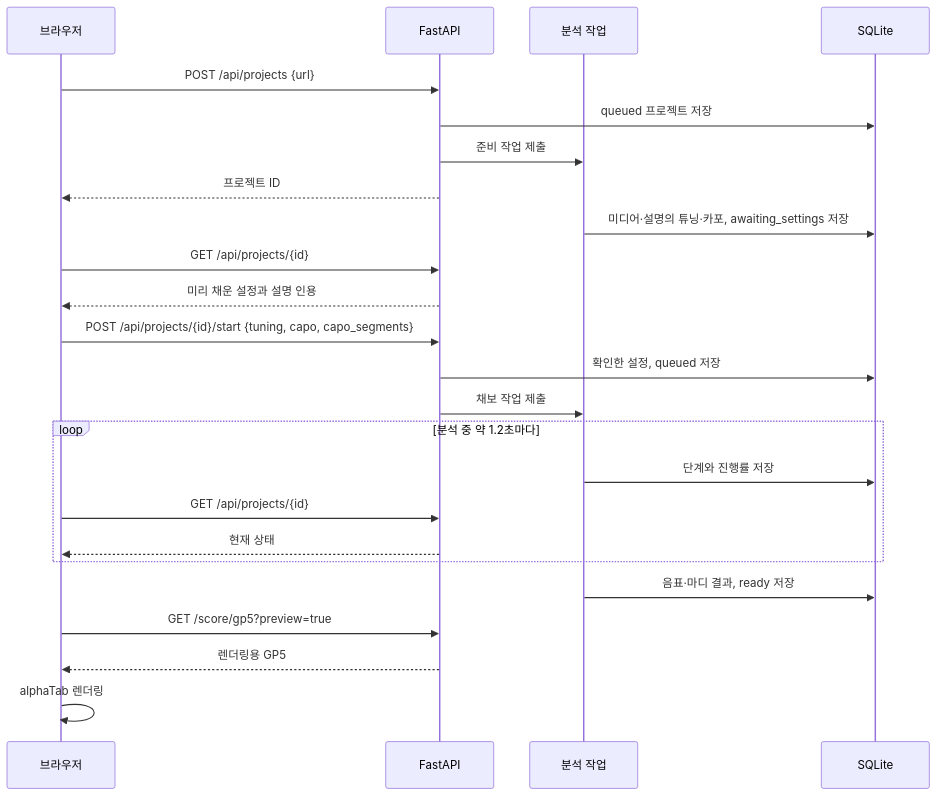
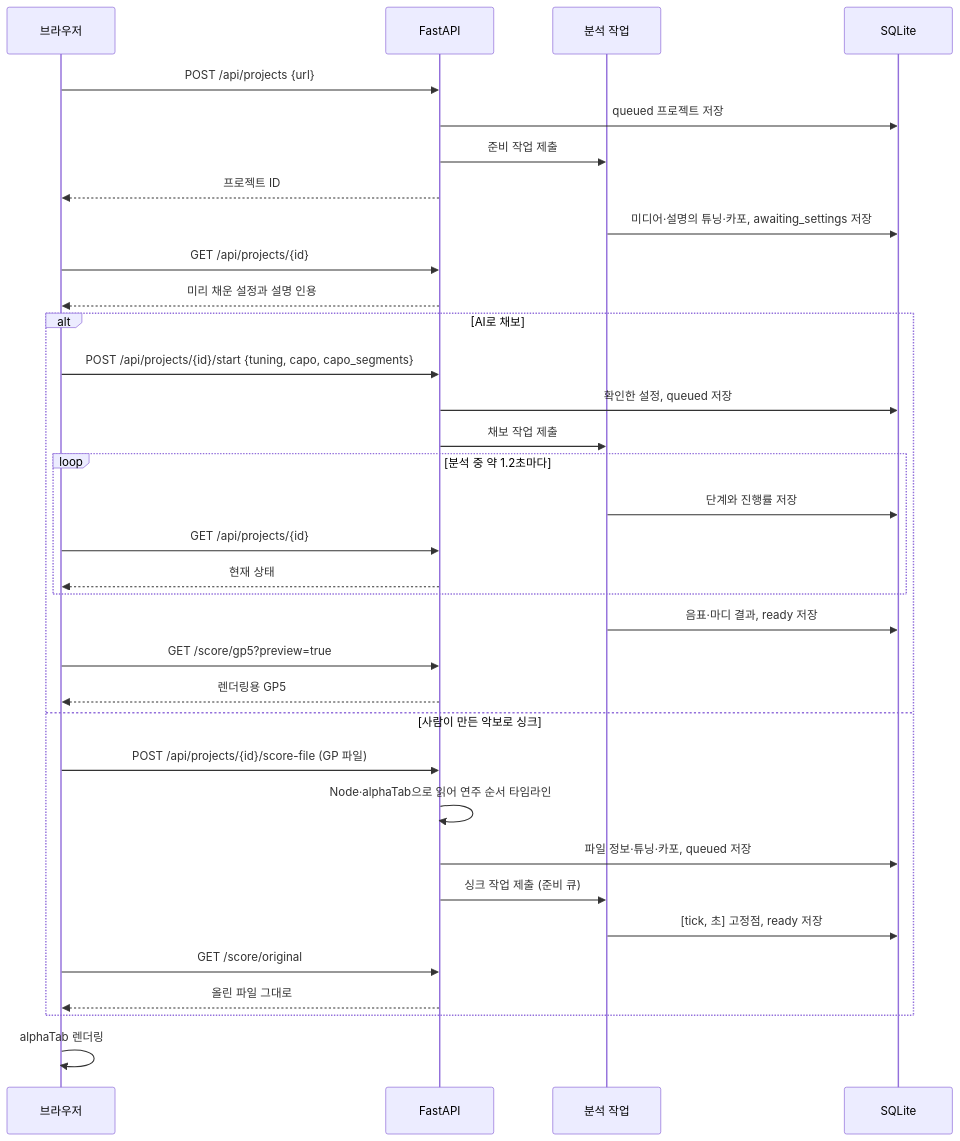
The second of 2 diagrams in docs/architecture.md (hyuunnn/TabSight), drawn with Mermaid before and after one commit. The commit also changed other lines of this file and 17 other files, not shown here.

````diff
--- a/docs/architecture.md
+++ b/docs/architecture.md
@@ -49,26 +59,36 @@
 ```mermaid
 sequenceDiagram
     participant B as 브라우저
     participant A as FastAPI
     participant W as 분석 작업
     participant D as SQLite
     B->>A: POST /api/projects {url}
     A->>D: queued 프로젝트 저장
     A->>W: 준비 작업 제출
     A-->>B: 프로젝트 ID
     W->>D: 미디어·설명의 튜닝·카포, awaiting_settings 저장
     B->>A: GET /api/projects/{id}
     A-->>B: 미리 채운 설정과 설명 인용
-    B->>A: POST /api/projects/{id}/start {tuning, capo, capo_segments}
-    A->>D: 확인한 설정, queued 저장
-    A->>W: 채보 작업 제출
-    loop 분석 중 약 1.2초마다
-        W->>D: 단계와 진행률 저장
-        B->>A: GET /api/projects/{id}
-        A-->>B: 현재 상태
+    alt AI로 채보
+        B->>A: POST /api/projects/{id}/start {tuning, capo, capo_segments}
+        A->>D: 확인한 설정, queued 저장
+        A->>W: 채보 작업 제출
+        loop 분석 중 약 1.2초마다
+            W->>D: 단계와 진행률 저장
+            B->>A: GET /api/projects/{id}
+            A-->>B: 현재 상태
+        end
+        W->>D: 음표·마디 결과, ready 저장
+        B->>A: GET /score/gp5?preview=true
+        A-->>B: 렌더링용 GP5
+    else 사람이 만든 악보로 싱크
+        B->>A: POST /api/projects/{id}/score-file (GP 파일)
+        A->>A: Node·alphaTab으로 읽어 연주 순서 타임라인
+        A->>D: 파일 정보·튜닝·카포, queued 저장
+        A->>W: 싱크 작업 제출 (준비 큐)
+        W->>D: [tick, 초] 고정점, ready 저장
+        B->>A: GET /score/original
+        A-->>B: 올린 파일 그대로
     end
-    W->>D: 음표·마디 결과, ready 저장
-    B->>A: GET /score/gp5?preview=true
-    A-->>B: 렌더링용 GP5
     B->>B: alphaTab 렌더링
 ```
````
